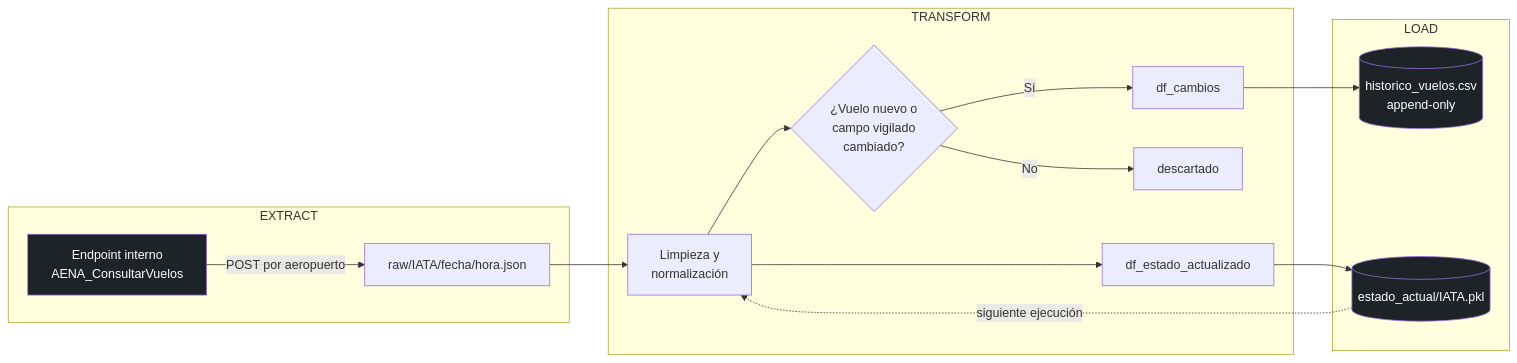
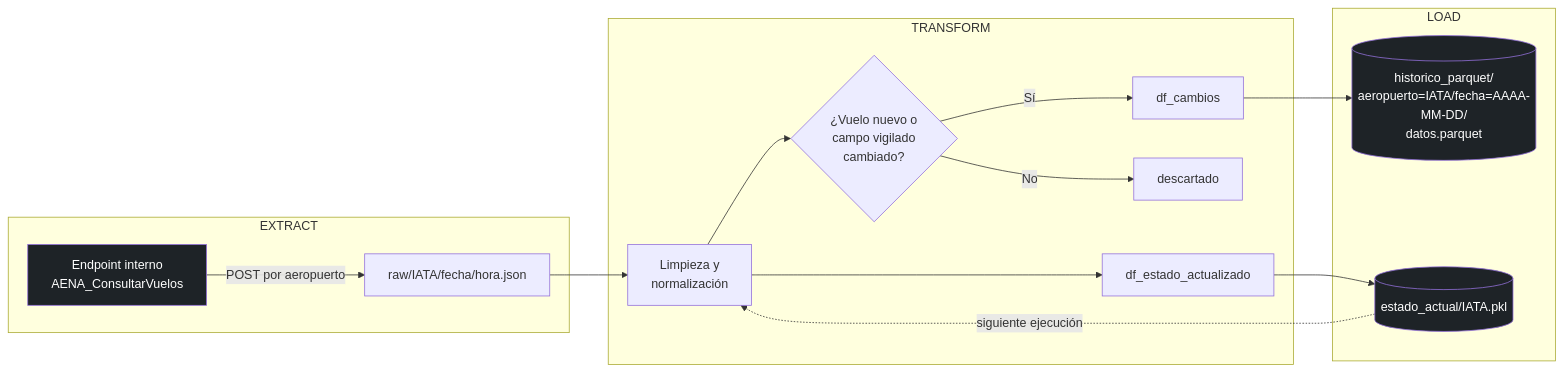
Before and after one commit to ignblabla/AENA-data-pipeline: the diagram in README.md, drawn with Mermaid. The commit also changed other lines of this file, not shown here.

First line of the commit message:
docs: actualizar README tras migración a Parquet particionado

````diff
--- a/README.md
+++ b/README.md
@@ -32,25 +33,25 @@
 ```mermaid
 flowchart LR
     subgraph EXTRACT
         A[Endpoint interno<br/>AENA_ConsultarVuelos] -->|POST por aeropuerto| B[raw/IATA/fecha/hora.json]
     end
 
     subgraph TRANSFORM
         B --> C[Limpieza y<br/>normalización]
         C --> D{"¿Vuelo nuevo o<br/>campo vigilado<br/>cambiado?"}
         D -->|Sí| E[df_cambios]
         D -->|No| F[descartado]
         C --> G[df_estado_actualizado]
     end
 
     subgraph LOAD
-        E --> H[(historico_vuelos.csv<br/>append-only)]
+        E --> H[(historico_parquet/<br/>aeropuerto=IATA/fecha=AAAA-MM-DD/<br/>datos.parquet)]
         G --> I[(estado_actual/IATA.pkl)]
     end
 
     I -.siguiente ejecución.-> C
 
     style A fill:#1e2327,color:#fff
     style H fill:#1e2327,color:#fff
     style I fill:#1e2327,color:#fff
 ```
````
